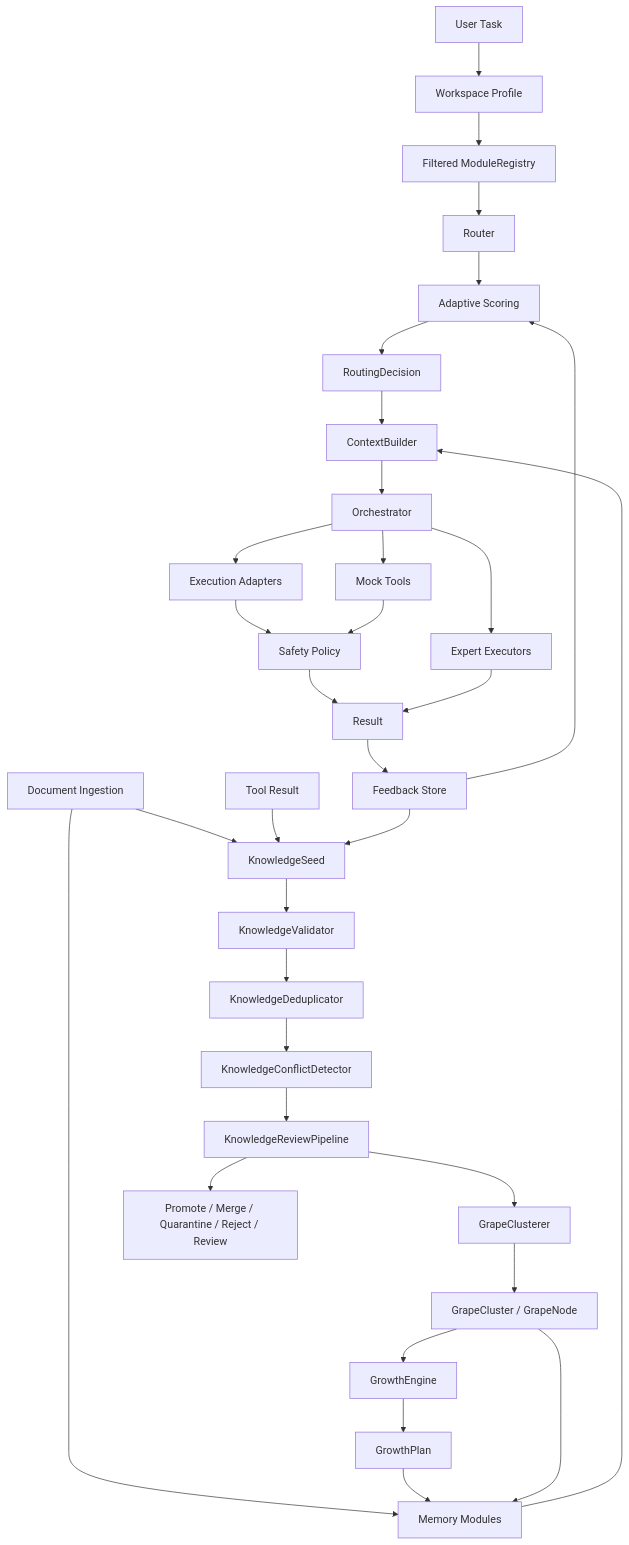
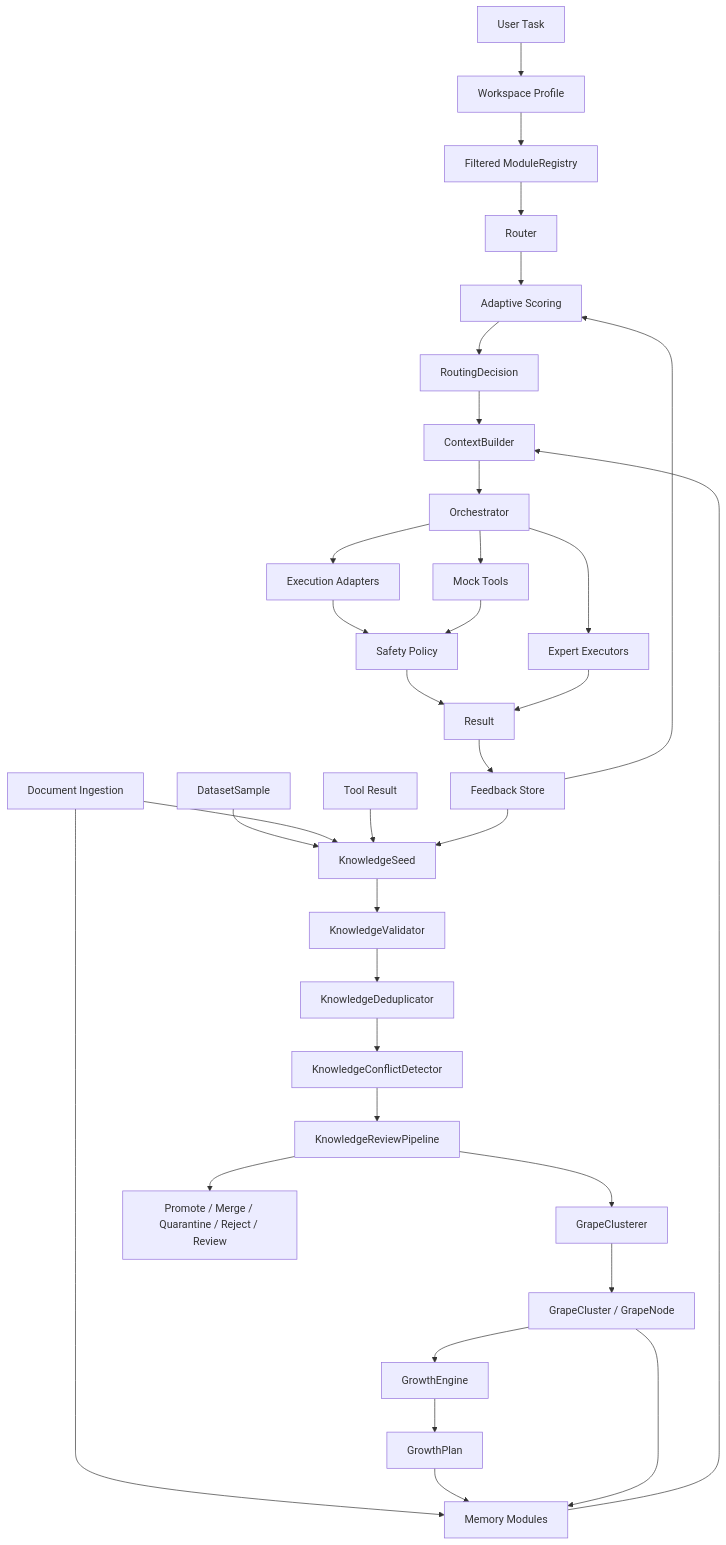
The diagram in README.md (Robotyaga/Grona), drawn with Mermaid before and after one commit. The commit also changed other lines of this file and 14 other files, not shown here.

````diff
--- a/README.md
+++ b/README.md
@@ -53,35 +56,36 @@
 ```mermaid
 flowchart TD
     A[User Task] --> B[Workspace Profile]
     B --> C[Filtered ModuleRegistry]
     C --> D[Router]
     F[Feedback Store] --> E[Adaptive Scoring]
     D --> E
     E --> G[RoutingDecision]
     H[Memory Modules] --> I[ContextBuilder]
     J[Document Ingestion] --> H
-    J --> Q[KnowledgeSeed]
+    DS[DatasetSample] --> Q[KnowledgeSeed]
+    J --> Q
     R[Tool Result] --> Q
     F --> Q
     Q --> S[KnowledgeValidator]
     S --> U[KnowledgeDeduplicator]
     U --> V[KnowledgeConflictDetector]
     V --> W[KnowledgeReviewPipeline]
     W --> X[GrapeClusterer]
     X --> Y[GrapeCluster / GrapeNode]
     Y --> Z[GrowthEngine]
     Z --> AA[GrowthPlan]
     AA --> H
     Y --> H
     W --> T[Promote / Merge / Quarantine / Reject / Review]
     G --> I
     I --> K[Orchestrator]
     K --> L[Expert Executors]
     K --> M[Execution Adapters]
     K --> N[Mock Tools]
     M --> O[Safety Policy]
     N --> O
     O --> P[Result]
     L --> P
     P --> F
 ```
````
